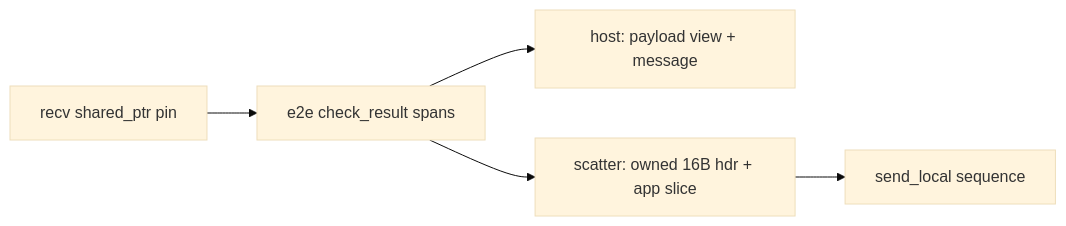
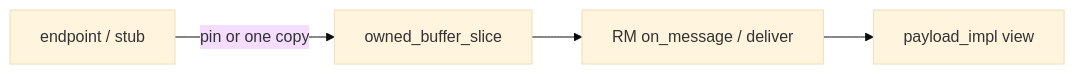
Before and after one commit to sgmenon/vsomeip-fork: the diagram in documentation/receive-copy-elision.md, drawn with Mermaid (base theme). The commit also changed other lines of this file and 6 other files, not shown here.

````diff
--- a/documentation/receive-copy-elision.md
+++ b/documentation/receive-copy-elision.md
@@ -38,11 +46,8 @@
 ```mermaid
 flowchart LR
-  recvPin["recv shared_ptr pin"]
-  check["e2e check_result spans"]
-  host["host: payload view + message"]
-  seq["scatter: owned 16B hdr + app slice"]
-  local["send_local sequence"]
-  recvPin --> check
-  check --> host
-  check --> seq --> local
+  ep["endpoint / stub"]
+  slice["owned_buffer_slice"]
+  rm["RM on_message / deliver"]
+  payload["payload_impl view"]
+  ep -->|"pin or one copy"| slice --> rm --> payload
 ```
````
